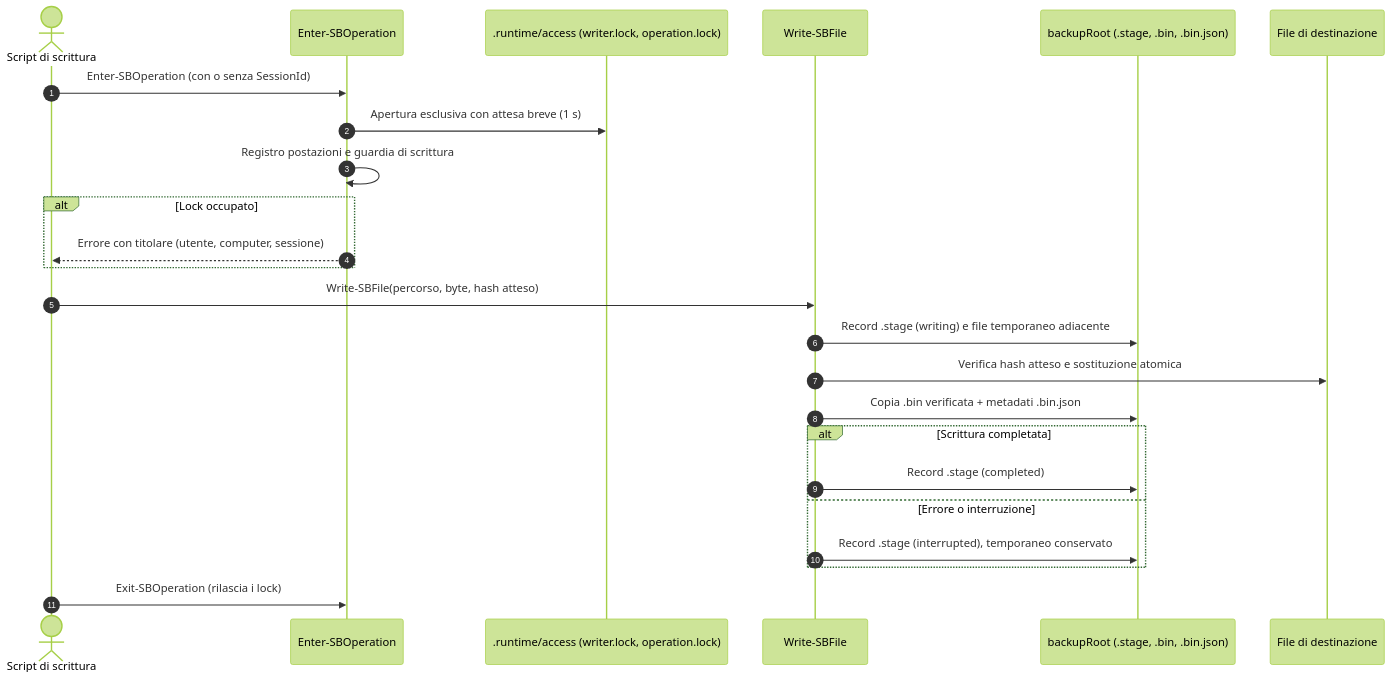
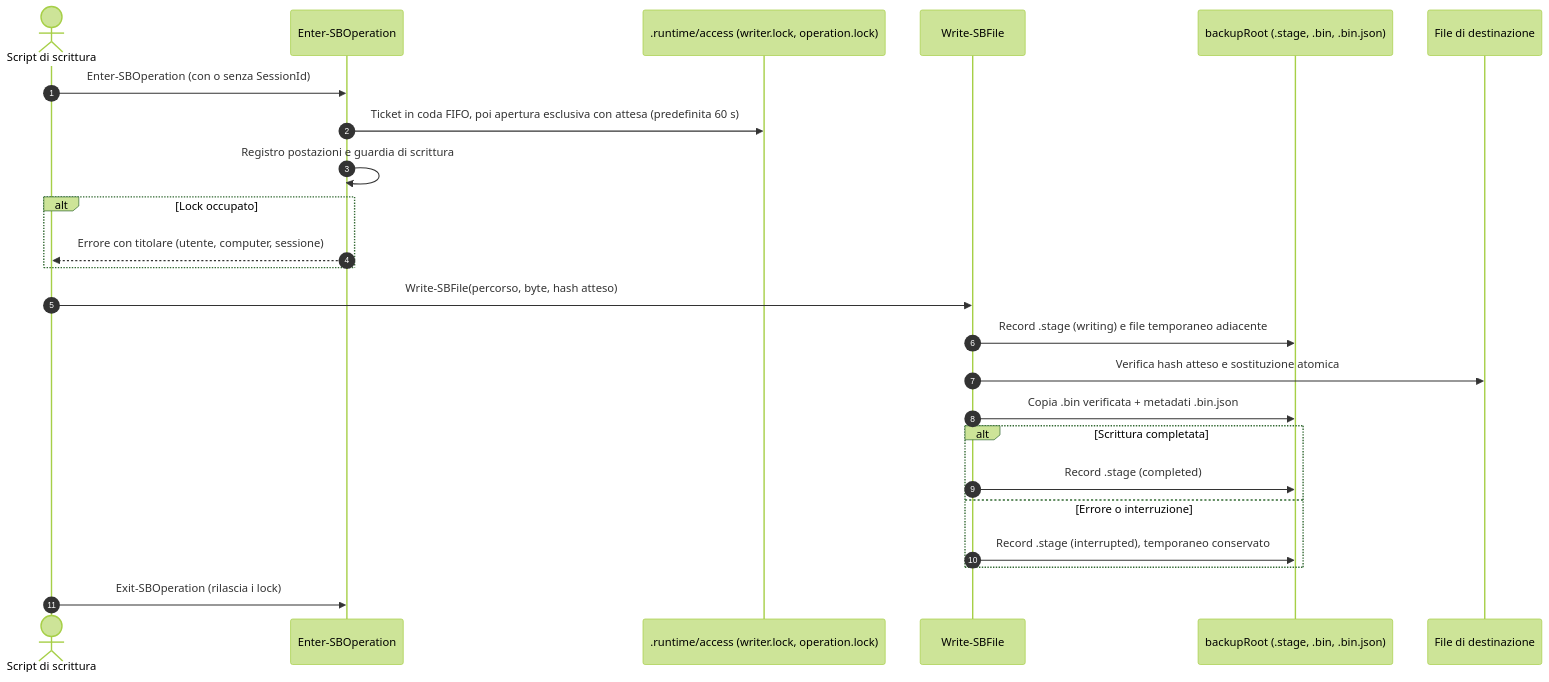
One commit to dennidalpos/secondbrain changed the fourth of 7 diagrams in docs/riferimento/architecture.md. Above: the diagram before and after it, drawn with Mermaid (forest theme). The commit also changed 38 other files, not shown here.

First line of the commit message:
Coda FIFO dei writer, recuperi a strati, prompt successivo e blocco greenfield

````diff
--- a/docs/riferimento/architecture.md
+++ b/docs/riferimento/architecture.md
@@ -134,27 +134,27 @@
 ```mermaid
 sequenceDiagram
     autonumber
     actor Caller as Script di scrittura
     participant Access as Enter-SBOperation
     participant Lock as .runtime/access (writer.lock, operation.lock)
     participant Core as Write-SBFile
     participant Backup as backupRoot (.stage, .bin, .bin.json)
     participant Storage as File di destinazione
 
     Caller->>Access: Enter-SBOperation (con o senza SessionId)
-    Access->>Lock: Apertura esclusiva con attesa breve (1 s)
+    Access->>Lock: Ticket in coda FIFO, poi apertura esclusiva con attesa (predefinita 60 s)
     Access->>Access: Registro postazioni e guardia di scrittura
     alt Lock occupato
         Access-->>Caller: Errore con titolare (utente, computer, sessione)
     end
     Caller->>Core: Write-SBFile(percorso, byte, hash atteso)
     Core->>Backup: Record .stage (writing) e file temporaneo adiacente
     Core->>Storage: Verifica hash atteso e sostituzione atomica
     Core->>Backup: Copia .bin verificata + metadati .bin.json
     alt Scrittura completata
         Core->>Backup: Record .stage (completed)
     else Errore o interruzione
         Core->>Backup: Record .stage (interrupted), temporaneo conservato
     end
     Caller->>Access: Exit-SBOperation (rilascia i lock)
 ```
````
